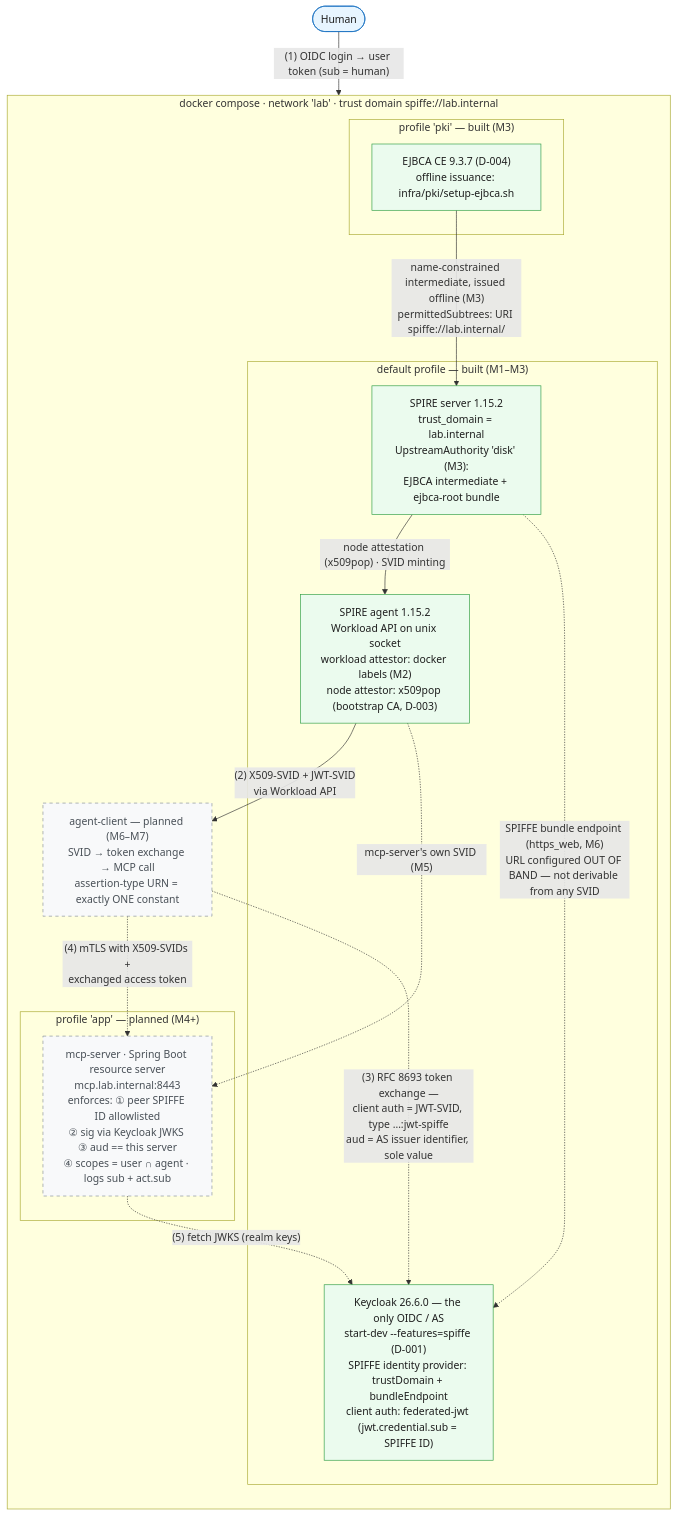
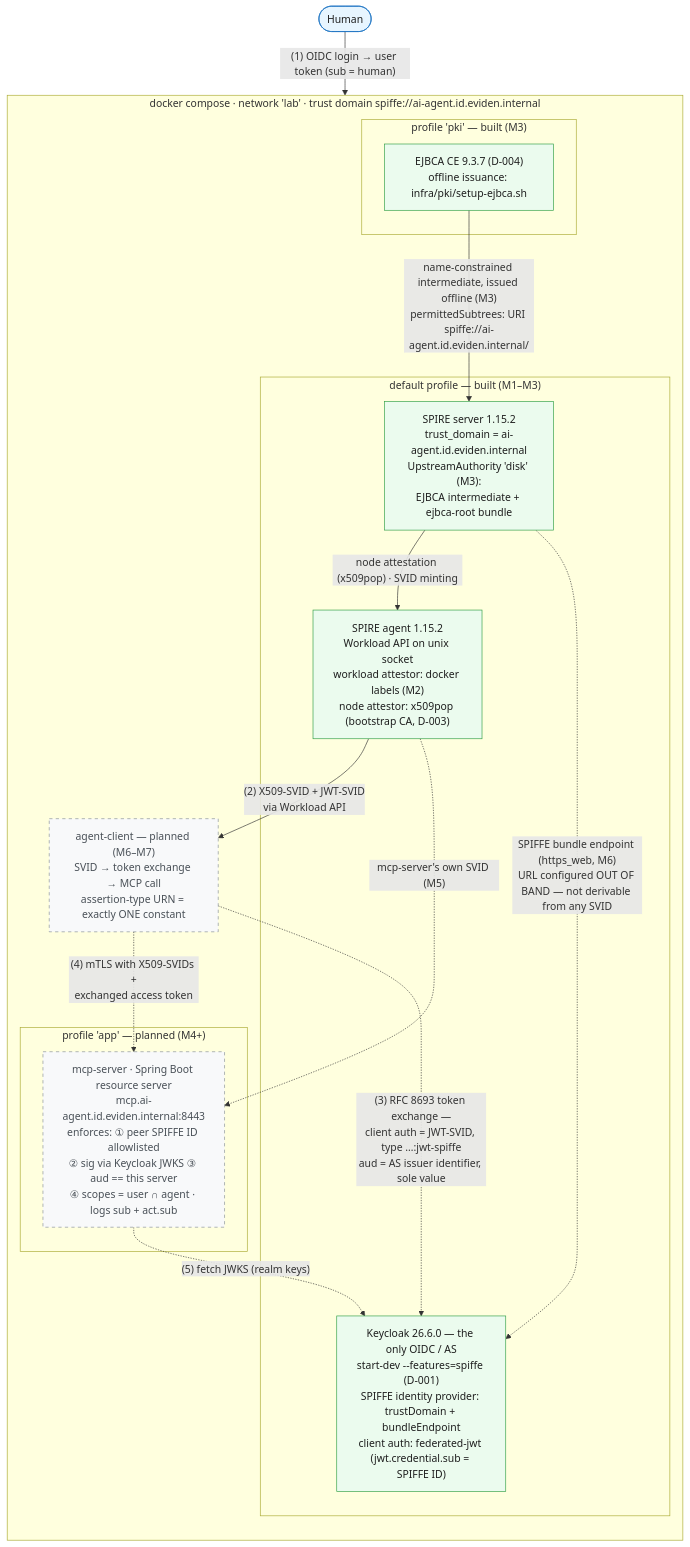
One commit to vanhoanHoang/ai-agent-spiffe-token-exchange changed the first of 4 diagrams in docs/diagrams/DIAGRAMS.md. Above: the diagram before and after it, drawn with Mermaid. The commit also changed other lines of this file and 72 other files, not shown here.

First line of the commit message:
Eviden rebrand: trust domain ai-agent.id.eviden.internal, realm ai-agents, Eviden CA hierarchy (D-027..D-029)

````diff
--- a/docs/diagrams/DIAGRAMS.md
+++ b/docs/diagrams/DIAGRAMS.md
@@ -23,37 +23,37 @@
 ```mermaid
 flowchart TB
     HUMAN(["Human"])
 
-    subgraph LAB["docker compose · network 'lab' · trust domain spiffe://lab.internal"]
+    subgraph LAB["docker compose · network 'lab' · trust domain spiffe://ai-agent.id.eviden.internal"]
         direction TB
         subgraph CORE["default profile — built (M1–M3)"]
             KC["Keycloak 26.6.0 — the only OIDC / AS<br/>start-dev --features=spiffe (D-001)<br/>SPIFFE identity provider: trustDomain + bundleEndpoint<br/>client auth: federated-jwt (jwt.credential.sub = SPIFFE ID)"]
-            SS["SPIRE server 1.15.2<br/>trust_domain = lab.internal<br/>UpstreamAuthority 'disk' (M3):<br/>EJBCA intermediate + ejbca-root bundle"]
+            SS["SPIRE server 1.15.2<br/>trust_domain = ai-agent.id.eviden.internal<br/>UpstreamAuthority 'disk' (M3):<br/>EJBCA intermediate + ejbca-root bundle"]
             SA["SPIRE agent 1.15.2<br/>Workload API on unix socket<br/>workload attestor: docker labels (M2)<br/>node attestor: x509pop (bootstrap CA, D-003)"]
         end
         subgraph PKI["profile 'pki' — built (M3)"]
             EJBCA["EJBCA CE 9.3.7 (D-004)<br/>offline issuance: infra/pki/setup-ejbca.sh"]
         end
         subgraph APP["profile 'app' — planned (M4+)"]
-            MCP["mcp-server · Spring Boot resource server<br/>mcp.lab.internal:8443<br/>enforces: ① peer SPIFFE ID allowlisted<br/>② sig via Keycloak JWKS ③ aud == this server<br/>④ scopes = user ∩ agent · logs sub + act.sub"]
+            MCP["mcp-server · Spring Boot resource server<br/>mcp.ai-agent.id.eviden.internal:8443<br/>enforces: ① peer SPIFFE ID allowlisted<br/>② sig via Keycloak JWKS ③ aud == this server<br/>④ scopes = user ∩ agent · logs sub + act.sub"]
         end
         AC["agent-client — planned (M6–M7)<br/>SVID → token exchange → MCP call<br/>assertion-type URN = exactly ONE constant"]
     end
 
     HUMAN -- "(1) OIDC login → user token (sub = human)" --> KC
     SA -- "(2) X509-SVID + JWT-SVID<br/>via Workload API" --> AC
     AC -. "(3) RFC 8693 token exchange —<br/>client auth = JWT-SVID, type …:jwt-spiffe<br/>aud = AS issuer identifier, sole value" .-> KC
     AC -. "(4) mTLS with X509-SVIDs +<br/>exchanged access token" .-> MCP
     MCP -. "(5) fetch JWKS (realm keys)" .-> KC
-    EJBCA -- "name-constrained intermediate, issued offline (M3)<br/>permittedSubtrees: URI spiffe://lab.internal/" --> SS
+    EJBCA -- "name-constrained intermediate, issued offline (M3)<br/>permittedSubtrees: URI spiffe://ai-agent.id.eviden.internal/" --> SS
     SS -- "node attestation (x509pop) · SVID minting" --> SA
     SA -. "mcp-server's own SVID (M5)" .-> MCP
     SS -. "SPIFFE bundle endpoint (https_web, M6)<br/>URL configured OUT OF BAND — not derivable from any SVID" .-> KC
 
     classDef built fill:#ebfbee,stroke:#2f9e44,color:#1e1e1e;
     classDef planned fill:#f8f9fa,stroke:#868e96,stroke-dasharray:5 5,color:#495057;
     classDef human fill:#e7f5ff,stroke:#1971c2,color:#1e1e1e;
     class KC,SS,SA,EJBCA built;
     class MCP,AC planned;
     class HUMAN human;
 ```
````
